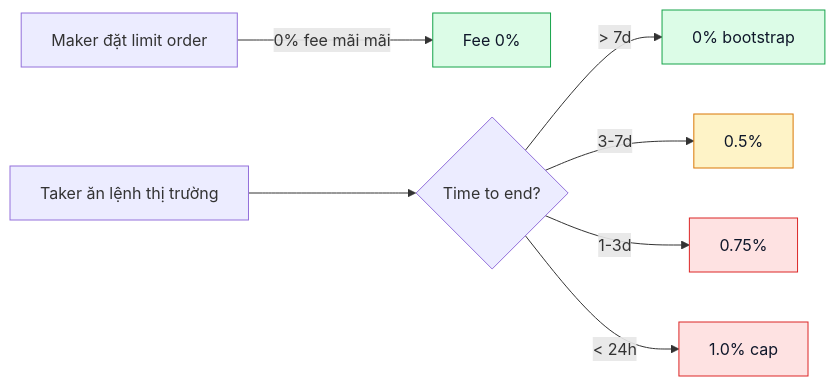
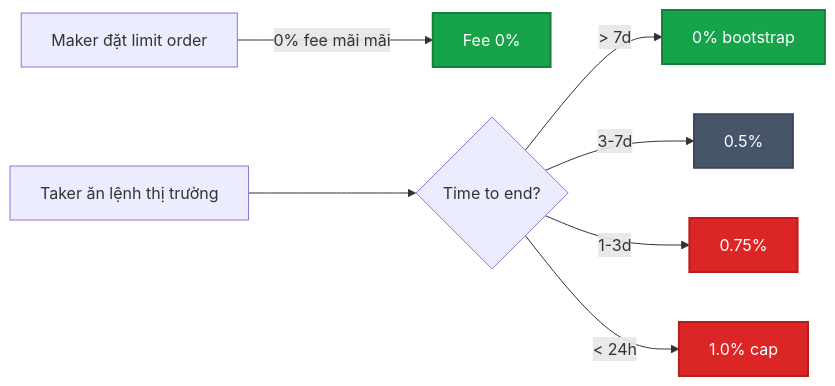
The second of 3 diagrams in vi_v6/khai-niem/phi.md (PrediX-Protocol/predix-docs), drawn with Mermaid before and after one commit. The commit also changed other lines of this file and 32 other files, not shown here.

First line of the commit message:
docs(vi_v6): redesign Mermaid theme — solid mid-tone palette + dark theme

````diff
--- a/vi_v6/khai-niem/phi.md
+++ b/vi_v6/khai-niem/phi.md
@@ -35,16 +35,16 @@
 ```mermaid
 flowchart LR
     Maker[Maker đặt limit order] -->|0% fee mãi mãi| OK1[Fee 0%]
     Taker[Taker ăn lệnh thị trường] --> Time{Time to end?}
     Time -->|> 7d| F1[0% bootstrap]
     Time -->|3-7d| F2[0.5%]
     Time -->|1-3d| F3[0.75%]
     Time -->|< 24h| F4[1.0% cap]
 
-    classDef free fill:#dcfce7,stroke:#16a34a,color:#0f172a
-    classDef low fill:#fef3c7,stroke:#d97706,color:#0f172a
-    classDef high fill:#fee2e2,stroke:#dc2626,color:#0f172a
+    classDef free fill:#16a34a,stroke:#15803d,color:#fff,stroke-width:2px
+    classDef low fill:#475569,stroke:#334155,color:#fff,stroke-width:1.5px
+    classDef high fill:#dc2626,stroke:#b91c1c,color:#fff,stroke-width:2px
     class OK1,F1 free
     class F2 low
     class F3,F4 high
 ```
````
